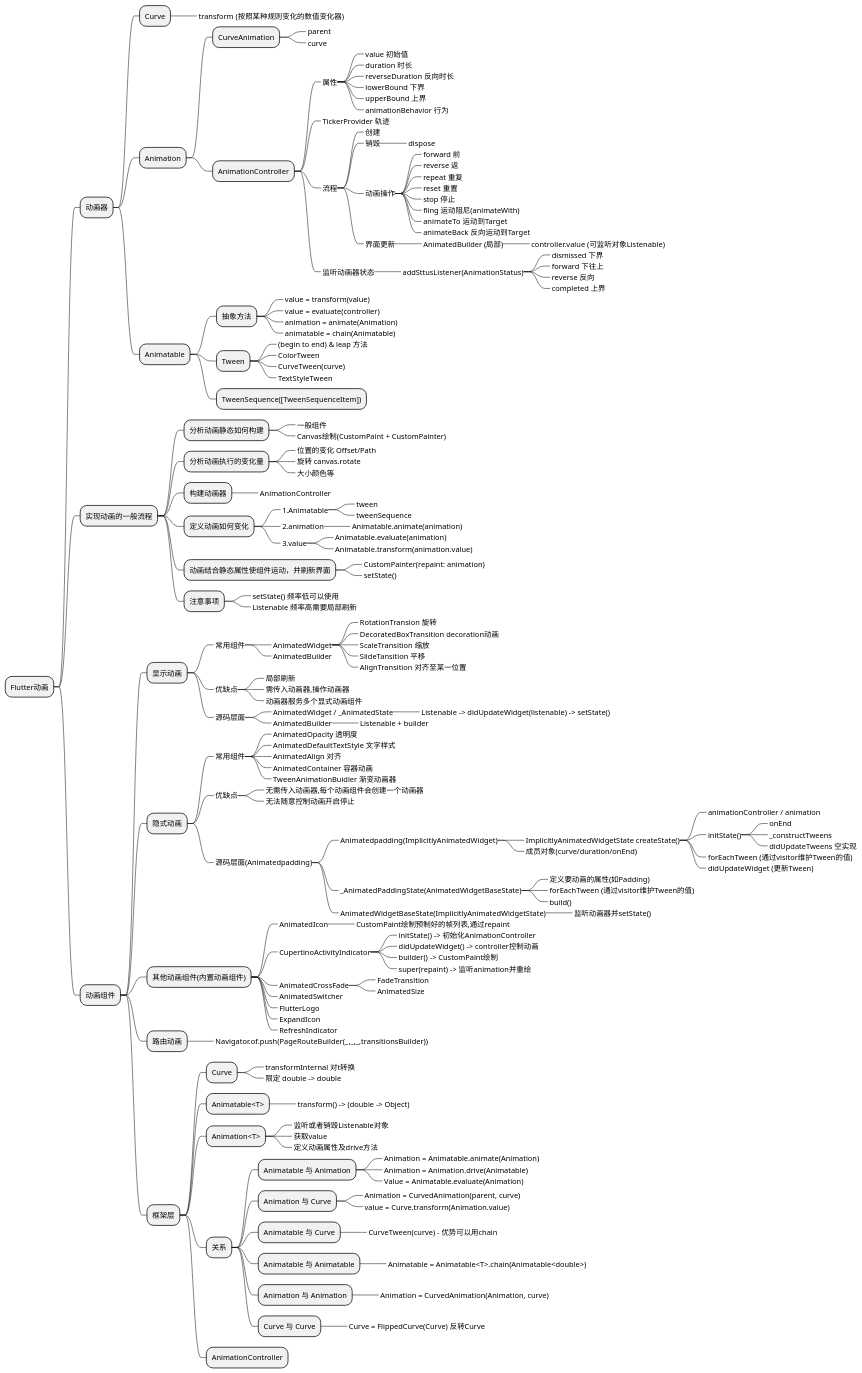
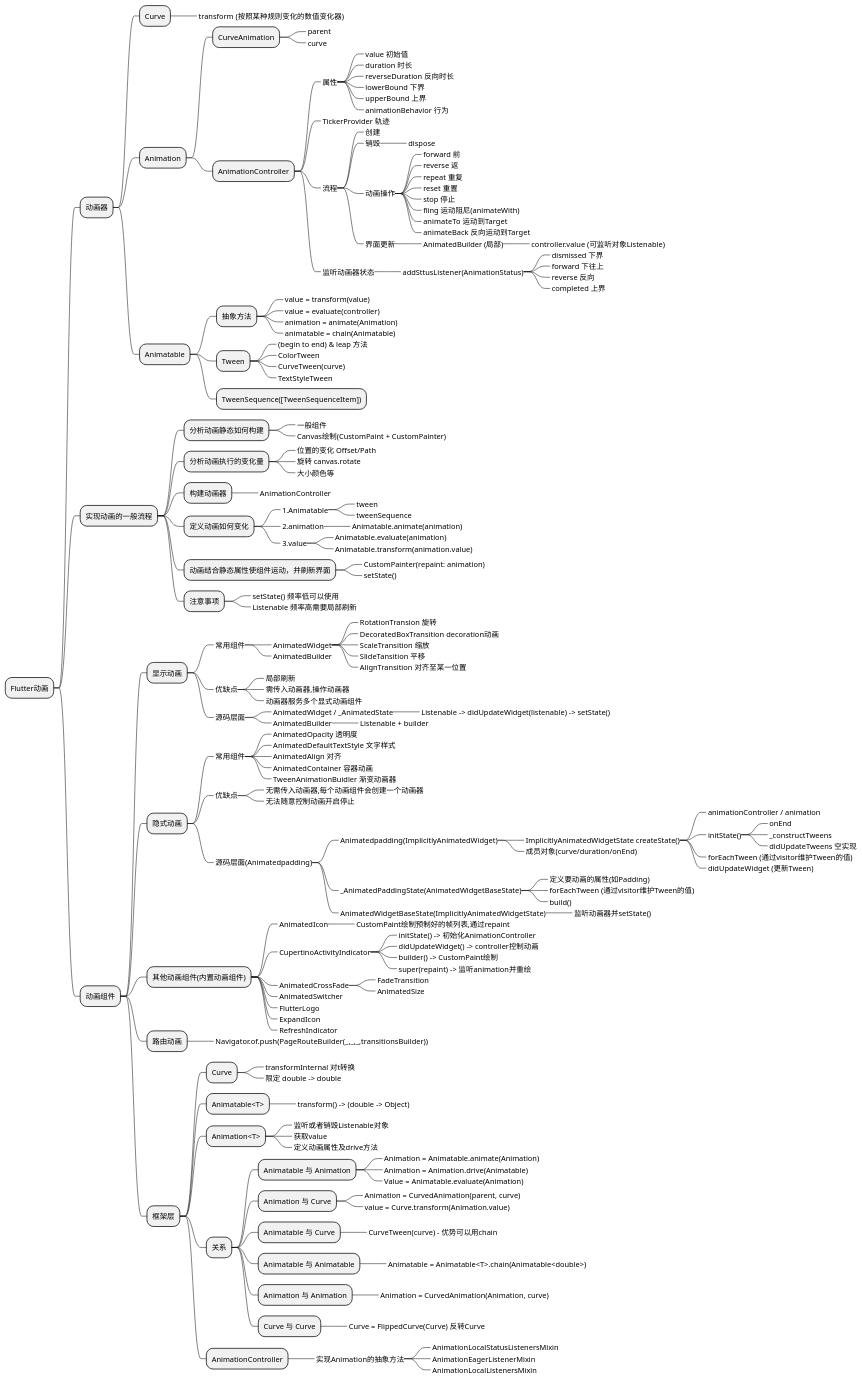
One commit to HEROhuqinchao/flutter_bilibili_getx changed the first of 2 diagrams in lib/ui/pages/functions/animation_study/mindMap/mindMap.pu. Above: the diagram before and after it, drawn with PlantUML. The commit also changed 2 other files, not shown here.

```diff
--- a/lib/ui/pages/functions/animation_study/mindMap/mindMap.pu
+++ b/lib/ui/pages/functions/animation_study/mindMap/mindMap.pu
@@ -1,172 +1,175 @@
 @startmindmap
 * Flutter动画
 ** 动画器
 *** Curve
 ****_ transform (按照某种规则变化的数值变化器)
 *** Animation
 **** CurveAnimation
 *****_ parent
 *****_ curve
 **** AnimationController
 *****_ 属性
 ******_ value 初始值
 ******_ duration 时长
 ******_ reverseDuration 反向时长
 ******_ lowerBound 下界
 ******_ upperBound 上界
 ******_ animationBehavior 行为
 *****_ TickerProvider 轨迹
 *****_ 流程
 ******_ 创建
 ******_ 销毁
 *******_ dispose
 ******_ 动画操作
 *******_ forward 前
 *******_ reverse 返
 *******_ repeat 重复
 *******_ reset 重置
 *******_ stop 停止
 *******_ fling 运动阻尼(animateWith)
 *******_ animateTo 运动到Target
 *******_ animateBack 反向运动到Target
 ******_ 界面更新
 *******_ AnimatedBuilder (局部)
 ********_ controller.value (可监听对象Listenable)
 *****_ 监听动画器状态
 ******_ addSttusListener(AnimationStatus)
 *******_ dismissed 下界
 *******_ forward 下往上
 *******_ reverse 反向
 *******_ completed 上界
 *** Animatable
 **** 抽象方法
 *****_ value = transform(value)
 *****_ value = evaluate(controller)
 *****_ animation = animate(Animation)
 *****_ animatable = chain(Animatable)
 
 **** Tween
 *****_ (begin to end) & leap 方法
 *****_ ColorTween
 *****_ CurveTween(curve)
 *****_ TextStyleTween
 **** TweenSequence([TweenSequenceItem])
 
 ** 实现动画的一般流程
 *** 分析动画静态如何构建
 ****_ 一般组件
 ****_ Canvas绘制(CustomPaint + CustomPainter)
 *** 分析动画执行的变化量
 ****_ 位置的变化 Offset/Path
 ****_ 旋转 canvas.rotate
 ****_ 大小颜色等
 *** 构建动画器
 ****_ AnimationController
 *** 定义动画如何变化
 ****_ 1.Animatable
 *****_ tween
 *****_ tweenSequence
 ****_ 2.animation
 *****_ Animatable.animate(animation)
 ****_ 3.value
 *****_ Animatable.evaluate(animation)
 *****_ Animatable.transform(animation.value)
 *** 动画结合静态属性使组件运动，并刷新界面
 ****_ CustomPainter(repaint: animation)
 ****_ setState()
 *** 注意事项
 ****_ setState() 频率低可以使用
 ****_ Listenable 频率高需要局部刷新
 
 ** 动画组件
 *** 显示动画
 ****_ 常用组件
 *****_ AnimatedWidget
 ******_ RotationTransion 旋转
 ******_ DecoratedBoxTransition decoration动画
 ******_ ScaleTransition 缩放
 ******_ SlideTansition 平移
 ******_ AlignTransition 对齐至某一位置
 *****_ AnimatedBuilder
 ****_ 优缺点
 *****_ 局部刷新
 *****_ 需传入动画器,操作动画器
 *****_ 动画器服务多个显式动画组件
 ****_ 源码层面
 *****_ AnimatedWidget / _AnimatedState
 ******_ Listenable -> didUpdateWidget(listenable) -> setState()
 *****_ AnimatedBuilder
 ******_ Listenable + builder
 *** 隐式动画
 ****_ 常用组件
 *****_ AnimatedOpacity 透明度
 *****_ AnimatedDefaultTextStyle 文字样式
 *****_ AnimatedAlign 对齐
 *****_ AnimatedContainer 容器动画
 *****_ TweenAnimationBuidler 渐变动画器
 ****_ 优缺点
 *****_ 无需传入动画器,每个动画组件会创建一个动画器
 *****_ 无法随意控制动画开启停止
 ****_ 源码层面(Animatedpadding)
 *****_ Animatedpadding(ImplicitlyAnimatedWidget)
 ******_ ImplicitlyAnimatedWidgetState createState()
 *******_ animationController / animation
 *******_ initState()
 ********_ onEnd
 ********_ _constructTweens
 ********_ didUpdateTweens 空实现
 *******_ forEachTween (通过visitor维护Tween的值)
 *******_ didUpdateWidget (更新Tween)
 ******_ 成员对象(curve/duration/onEnd)
 *****_ _AnimatedPaddingState(AnimatedWidgetBaseState)
 ******_ 定义要动画的属性(如Padding)
 ******_ forEachTween (通过visitor维护Tween的值)
 ******_ build()
 *****_ AnimatedWidgetBaseState(ImplicitlyAnimatedWidgetState)
 ******_ 监听动画器并setState()
 *** 其他动画组件(内置动画组件)
 ****_ AnimatedIcon
 *****_ CustomPaint绘制预制好的帧列表,通过repaint
 ****_ CupertinoActivityIndicator
 *****_ initState() -> 初始化AnimationController
 *****_ didUpdateWidget() -> controller控制动画
 *****_ builder() -> CustomPaint绘制
 *****_ super(repaint) -> 监听animation并重绘
 ****_ AnimatedCrossFade
 *****_ FadeTransition
 *****_ AnimatedSize
 ****_ AnimatedSwitcher
 ****_ FlutterLogo
 ****_ ExpandIcon
 ****_ RefreshIndicator
 *** 路由动画
 ****_ Navigator.of.push(PageRouteBuilder(_,_,_,transitionsBuilder))
 *** 框架层
 **** Curve
 *****_ transformInternal 对t转换
 *****_ 限定 double -> double
 **** Animatable<T>
 *****_ transform() -> (double -> Object)
 **** Animation<T>
 *****_ 监听或者销毁Listenable对象
 *****_ 获取value
 *****_ 定义动画属性及drive方法
 **** 关系
 ***** Animatable 与 Animation
 ******_ Animation = Animatable.animate(Animation)
 ******_ Animation = Animation.drive(Animatable)
 ******_ Value = Animatable.evaluate(Animation)
 ***** Animation 与 Curve
 ******_ Animation = CurvedAnimation(parent, curve)
 ******_ value = Curve.transform(Animation.value)
 ***** Animatable 与 Curve
 ******_ CurveTween(curve) - 优势可以用chain
 ***** Animatable 与 Animatable
 ******_ Animatable = Animatable<T>.chain(Animatable<double>)
 ***** Animation 与 Animation
 ******_ Animation = CurvedAnimation(Animation, curve)
 ***** Curve 与 Curve
 ******_ Curve = FlippedCurve(Curve) 反转Curve
 **** AnimationController
-
+*****_ 实现Animation的抽象方法
+******_ AnimationLocalStatusListenersMixin
+******_ AnimationEagerListenerMixin
+******_ AnimationLocalListenersMixin
 @endmindmap
```
